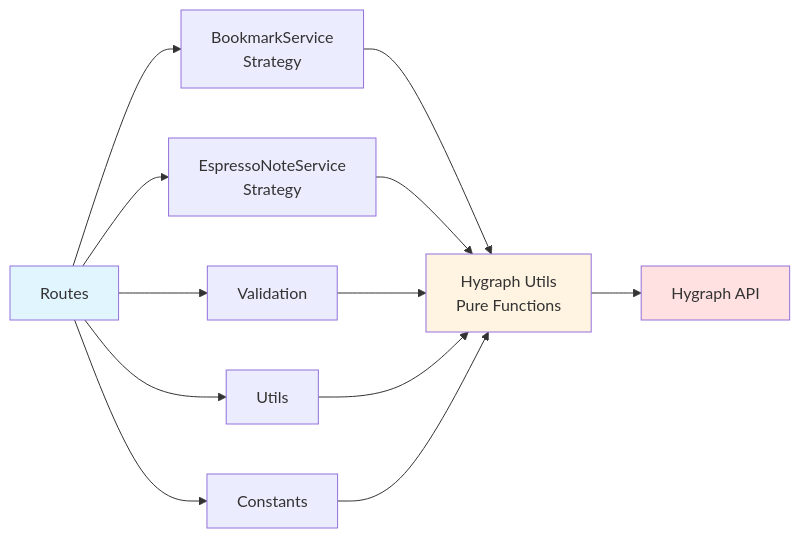
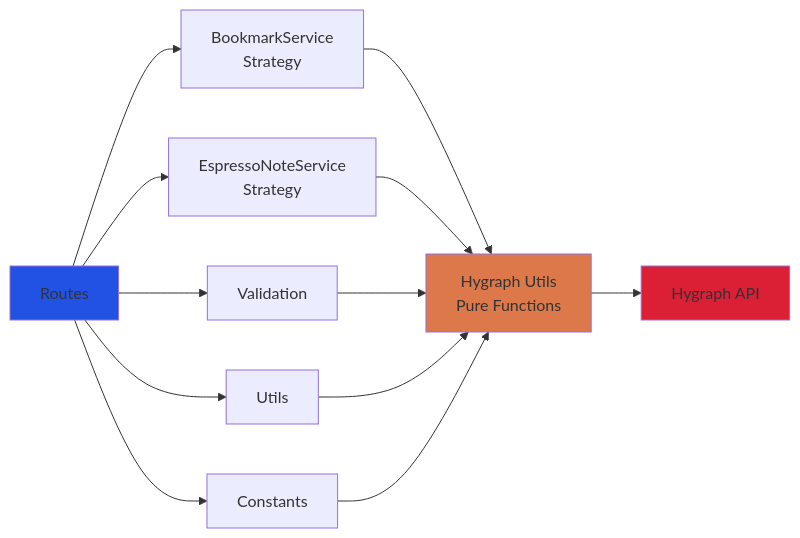
The fourth of 9 diagrams in ARCHITECTURE_DIAGRAMS.md (ikbenbas/mijnnaamisbas), drawn with Mermaid before and after one commit. The commit also changed other lines of this file, not shown here.

````diff
--- a/ARCHITECTURE_DIAGRAMS.md
+++ b/ARCHITECTURE_DIAGRAMS.md
@@ -113,20 +113,20 @@
 ```mermaid
 graph LR
     Routes[Routes] --> BS[BookmarkService<br/>Strategy]
     Routes --> ES[EspressoNoteService<br/>Strategy]
     Routes --> Val[Validation]
     Routes --> Utils[Utils]
     Routes --> Const[Constants]
 
     BS --> HU[Hygraph Utils<br/>Pure Functions]
     ES --> HU
     Val --> HU
     Utils --> HU
     Const --> HU
 
     HU --> API[Hygraph API]
 
-    style Routes fill:#e1f5ff
-    style HU fill:#fff4e1
-    style API fill:#ffe1e1
+    style Routes fill:#2252e4
+    style HU fill:#dd784b
+    style API fill:#db1f35
 ```
````
